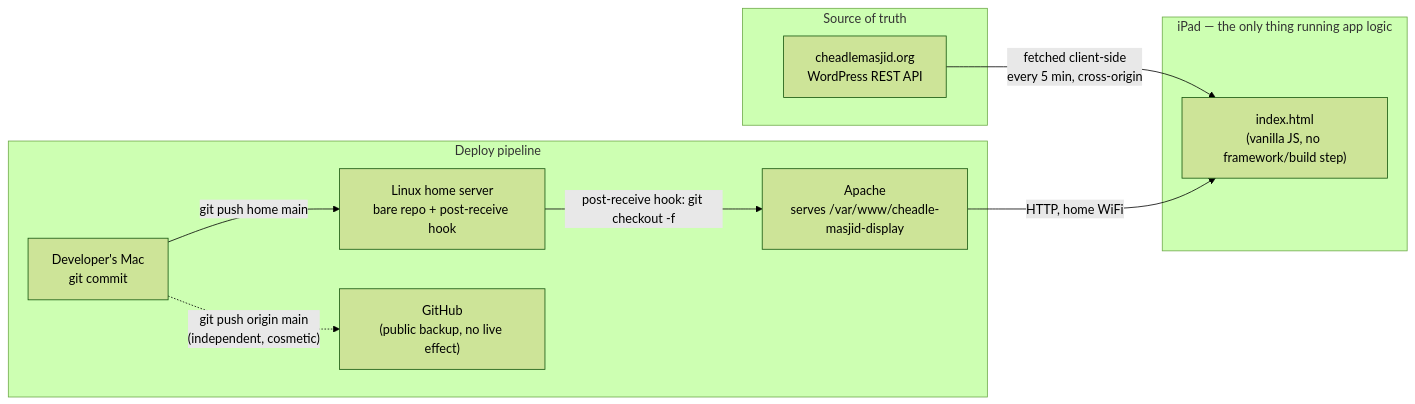
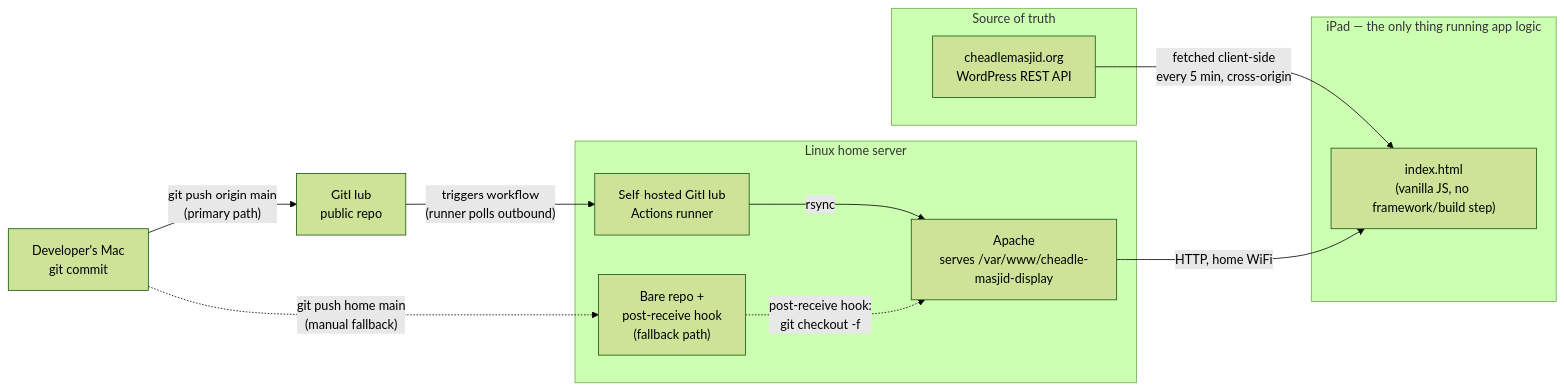
The first of 2 diagrams in ARCHITECTURE.md (amarmohammed398/home-dashboard-hub), drawn with Mermaid (forest theme) before and after one commit. The commit also changed other lines of this file and 2 other files, not shown here.

First line of the commit message:
Document the auto-deploy pipeline across all three docs

````diff
--- a/ARCHITECTURE.md
+++ b/ARCHITECTURE.md
@@ -20,23 +20,27 @@
 ```mermaid
 flowchart LR
     subgraph Source of truth
         API["cheadlemasjid.org<br/>WordPress REST API"]
     end
 
     subgraph Client [iPad — the only thing running app logic]
         JS["index.html<br/>(vanilla JS, no framework/build step)"]
     end
 
-    subgraph Deploy pipeline
-        Mac["Developer's Mac<br/>git commit"]
-        Home["Linux home server<br/>bare repo + post-receive hook"]
+    Mac["Developer's Mac<br/>git commit"]
+    GitHub["GitHub<br/>public repo"]
+
+    subgraph Home [Linux home server]
+        Runner["Self-hosted GitHub<br/>Actions runner"]
+        BareRepo["Bare repo +<br/>post-receive hook<br/>(fallback path)"]
         Apache["Apache<br/>serves /var/www/cheadle-masjid-display"]
-        GitHub["GitHub<br/>(public backup, no live effect)"]
     end
 
     API -- "fetched client-side<br/>every 5 min, cross-origin" --> JS
-    Mac -- "git push home main" --> Home
-    Home -- "post-receive hook: git checkout -f" --> Apache
+    Mac -- "git push origin main<br/>(primary path)" --> GitHub
+    GitHub -- "triggers workflow<br/>(runner polls outbound)" --> Runner
+    Runner -- "rsync" --> Apache
+    Mac -. "git push home main<br/>(manual fallback)" .-> BareRepo
+    BareRepo -. "post-receive hook:<br/>git checkout -f" .-> Apache
     Apache -- "HTTP, home WiFi" --> JS
-    Mac -. "git push origin main<br/>(independent, cosmetic)" .-> GitHub
 ```
````
